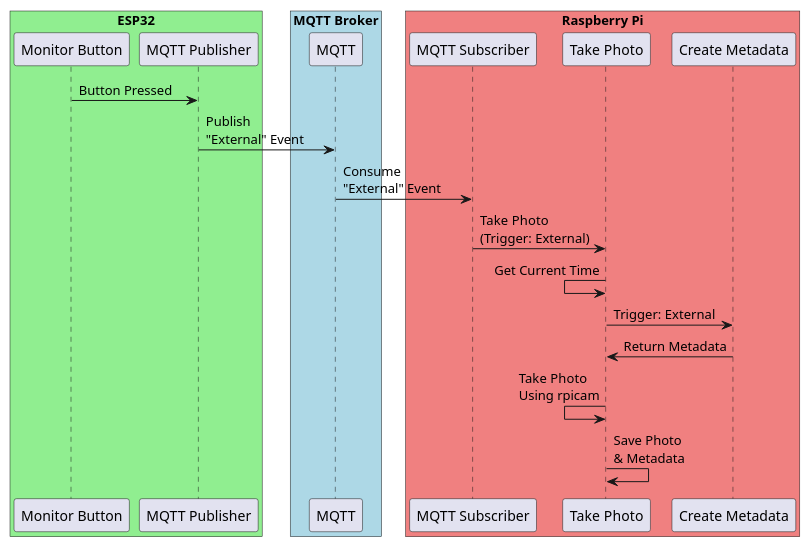
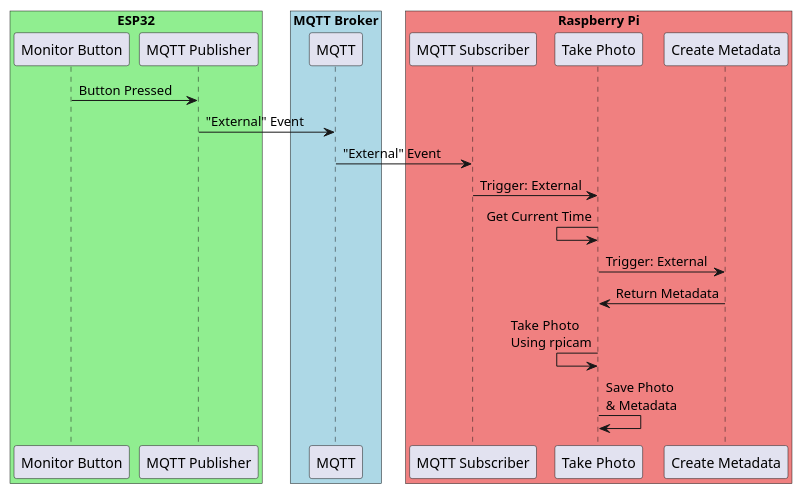
Before and after one commit to AlexanderNorup/emli-wildlife-project: the diagram in diagrams/photo-processes/external-photo.wsd, drawn with PlantUML. The commit also changed 2 other files, not shown here.

Commit message:
Adding motion photo process diagram, and updating external and timed photo diagrams

```diff
--- a/diagrams/photo-processes/external-photo.wsd
+++ b/diagrams/photo-processes/external-photo.wsd
@@ -1,27 +1,27 @@
 @startuml
 
 box "ESP32" #LightGreen
   participant "Monitor Button" as espBtn
   participant "MQTT Publisher" as espPub
 end box
 
 box "MQTT Broker" #LightBlue
   participant "MQTT" as mqtt
 end box
 
 box "Raspberry Pi" #LightCoral
   participant "MQTT Subscriber" as rpiSub
   participant "Take Photo" as rpiPhoto
   participant "Create Metadata" as rpiMeta
 end box
 
 espBtn -> espPub : Button Pressed
-espPub -> mqtt : Publish\n"External" Event
-mqtt -> rpiSub : Consume\n"External" Event
-rpiSub -> rpiPhoto : Take Photo\n(Trigger: External)
+espPub -> mqtt : "External" Event
+mqtt -> rpiSub : "External" Event
+rpiSub -> rpiPhoto : Trigger: External
 rpiPhoto <- rpiPhoto : Get Current Time
 rpiPhoto -> rpiMeta : Trigger: External
 rpiMeta -> rpiPhoto : Return Metadata
 rpiPhoto <- rpiPhoto : Take Photo\nUsing rpicam
 rpiPhoto -> rpiPhoto : Save Photo\n& Metadata
 @enduml
```
